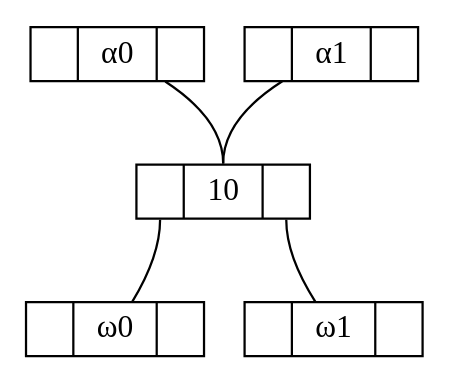
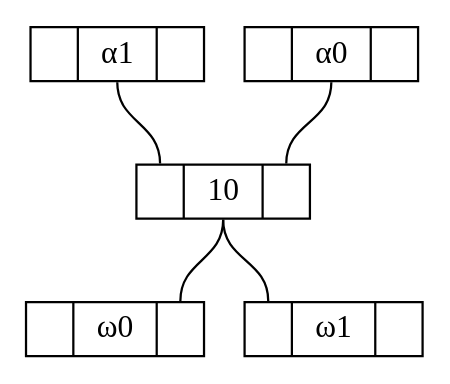
Before and after one commit to grootstebozewolf/networks: the diagram in 2 binairy tree general.gv.dot, drawn with Graphviz. The commit also changed 7 other files, not shown here.

```diff
--- a/2 binairy tree general.gv.dot
+++ b/2 binairy tree general.gv.dot
@@ -1,36 +1,36 @@
 graph "2 binairy tree general" {
 	graph [bb="0,0,164,144"];
 	node [height=.1,
 		label="\N",
 		shape=record
 	];
 	10	 [height=0.33333,
 		label="<f0> |<f1> 10|<f2>",
 		pos="81.5,72",
 		rects="46.5,60.5,66.5,83.5 66.5,60.5,96.5,83.5 96.5,60.5,116.5,83.5",
 		width=0.97222];
 	ω0	 [height=0.33333,
 		label="<f0> |<f1> ω0|<f2>",
 		pos="36.5,12",
 		rects="0,0.5,20,23.5 20,0.5,53,23.5 53,0.5,73,23.5",
 		width=1.0139];
-	10:f0 -- ω0	 [pos="56.5,60 56.5,46.698 49.634,32.848 43.947,23.659"];
+	10:f1 -- ω0:f2	 [pos="81.5,60 81.5,42.111 63.5,41.889 63.5,24"];
 	ω1	 [height=0.33333,
 		label="<f0> |<f1> ω1|<f2>",
 		pos="127.5,12",
 		rects="91,0.5,111,23.5 111,0.5,144,23.5 144,0.5,164,23.5",
 		width=1.0139];
-	10:f2 -- ω1	 [pos="106.5,60 106.5,46.594 113.71,32.762 119.68,23.606"];
+	10:f1 -- ω1:f0	 [pos="81.5,60 81.5,41.908 100.5,42.092 100.5,24"];
 	α0	 [height=0.33333,
 		label="<f0> |<f1> α0|<f2>",
+		pos="126.5,132",
+		rects="91,120.5,111,143.5 111,120.5,142,143.5 142,120.5,162,143.5",
+		width=0.98611];
+	α0:f1 -- 10:f2	 [pos="126.5,120 126.5,101.7 106.5,102.3 106.5,84"];
+	α1	 [height=0.33333,
+		label="<f0> |<f1> α1|<f2>",
 		pos="37.5,132",
 		rects="2,120.5,22,143.5 22,120.5,53,143.5 53,120.5,73,143.5",
 		width=0.98611];
-	α0 -- 10:f1	 [pos="56.415,120.43 68.341,112.24 81.5,99.648 81.5,84"];
-	α1	 [height=0.33333,
-		label="<f0> |<f1> α1|<f2>",
-		pos="126.5,132",
-		rects="91,120.5,111,143.5 111,120.5,142,143.5 142,120.5,162,143.5",
-		width=0.98611];
-	α1 -- 10:f1	 [pos="106.89,120.36 94.767,112.21 81.5,99.702 81.5,84"];
+	α1:f1 -- 10:f0	 [pos="37.5,120 37.5,101.91 56.5,102.09 56.5,84"];
 }
```
